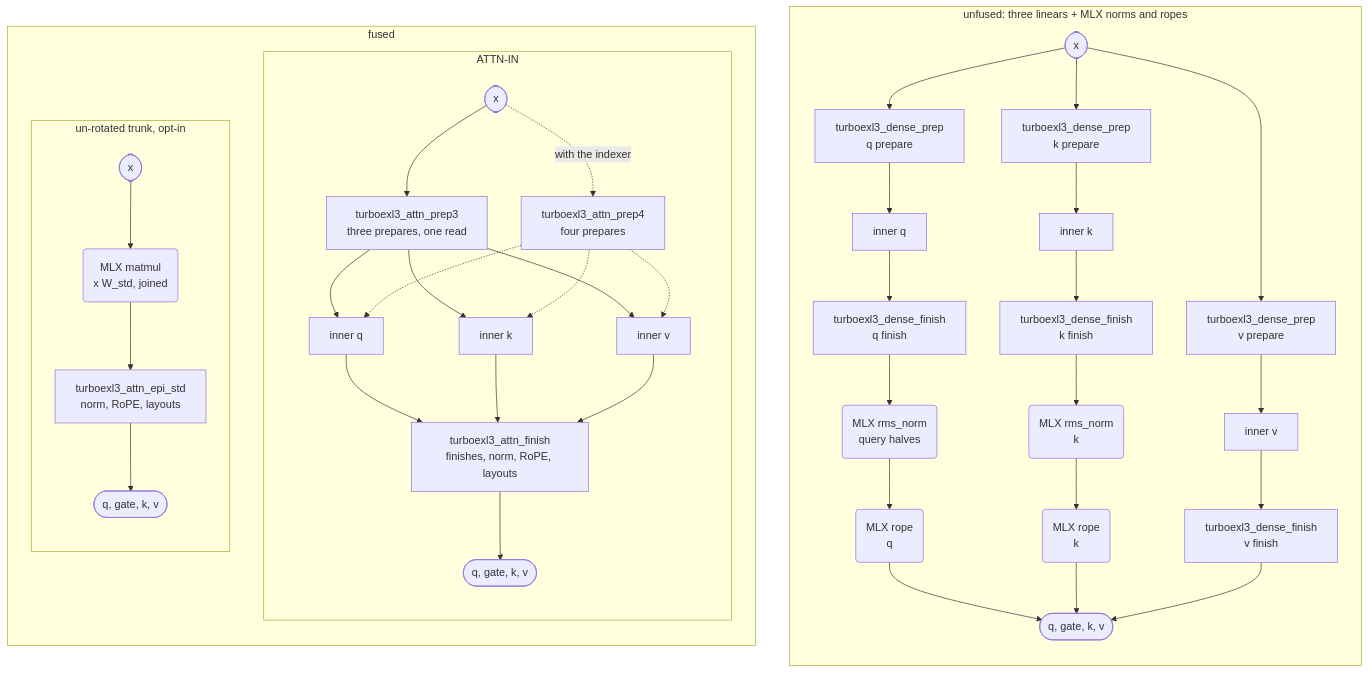
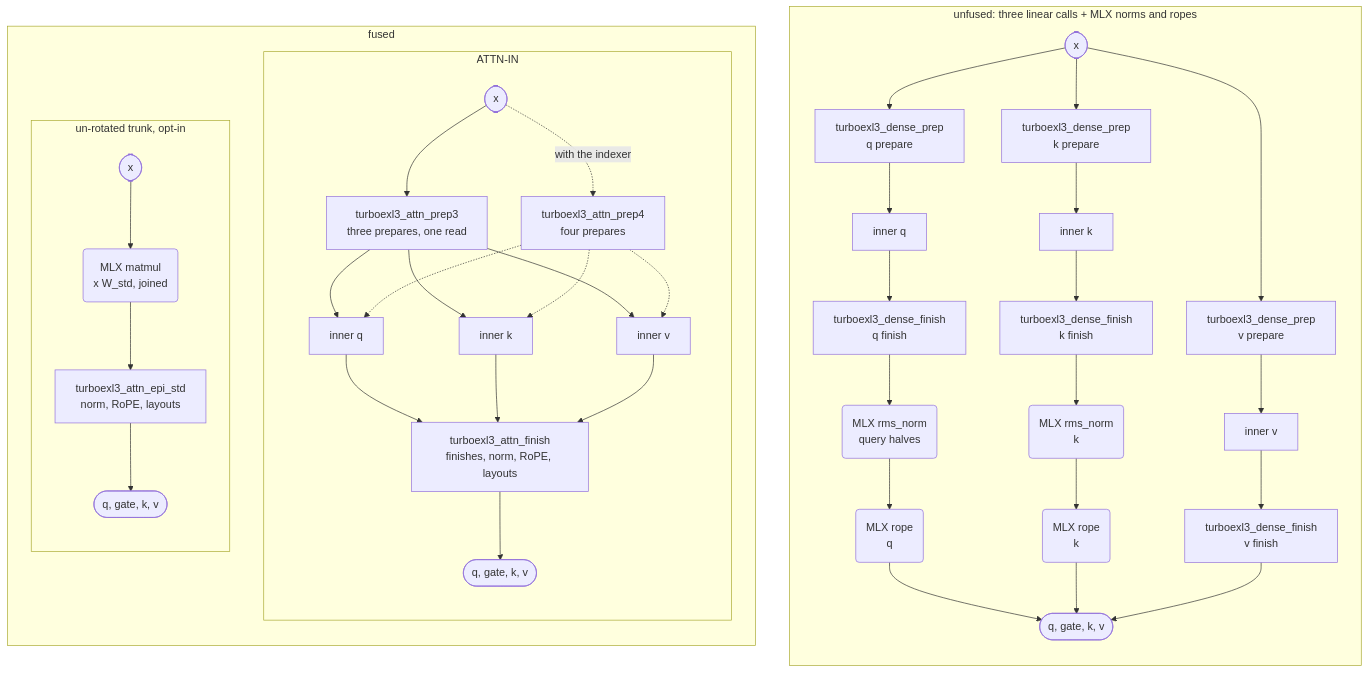
Before and after one commit to davidtai/turboexl3: the eighth of 11 diagrams in docs/KERNELS.md, drawn with Mermaid. The commit also changed other lines of this file and 268 other files, not shown here.

````diff
--- a/docs/KERNELS.md
+++ b/docs/KERNELS.md
@@ -486,46 +700,46 @@
 ```mermaid
 flowchart TB
-  subgraph U["unfused: three linears + MLX norms and ropes"]
+  subgraph U["unfused: three linear calls + MLX norms and ropes"]
     direction TB
     ux(["x"]) --> upq["turboexl3_dense_prep<br/>q prepare"]
     ux --> upk["turboexl3_dense_prep<br/>k prepare"]
     ux --> upv["turboexl3_dense_prep<br/>v prepare"]
     upq --> uiq["inner q"]
     upk --> uik["inner k"]
     upv --> uiv["inner v"]
     uiq --> ufq["turboexl3_dense_finish<br/>q finish"]
     uik --> ufk["turboexl3_dense_finish<br/>k finish"]
     uiv --> ufv["turboexl3_dense_finish<br/>v finish"]
     ufq --> unq("MLX rms_norm<br/>query halves")
     unq --> urq("MLX rope<br/>q")
     ufk --> unk("MLX rms_norm<br/>k")
     unk --> urk("MLX rope<br/>k")
     urq --> uo(["q, gate, k, v"])
     urk --> uo
     ufv --> uo
   end
   subgraph F["fused"]
     direction TB
     subgraph F1["ATTN-IN"]
       direction TB
       fx(["x"]) --> fp["turboexl3_attn_prep3<br/>three prepares, one read"]
       fx -.->|with the indexer| fp4["turboexl3_attn_prep4<br/>four prepares"]
       fp --> fiq["inner q"]
       fp --> fik["inner k"]
       fp --> fiv["inner v"]
       fp4 -.-> fiq
       fp4 -.-> fik
       fp4 -.-> fiv
       fiq --> ff["turboexl3_attn_finish<br/>finishes, norm, RoPE, layouts"]
       fik --> ff
       fiv --> ff
       ff --> fo(["q, gate, k, v"])
     end
     subgraph F2["un-rotated trunk, opt-in"]
       direction TB
       gx(["x"]) --> gm("MLX matmul<br/>x W_std, joined")
       gm --> ge["turboexl3_attn_epi_std<br/>norm, RoPE, layouts"]
       ge --> go(["q, gate, k, v"])
     end
   end
 ```
````
